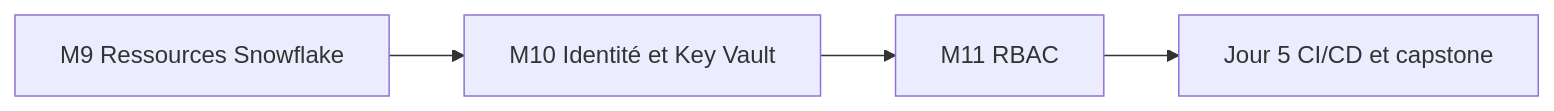
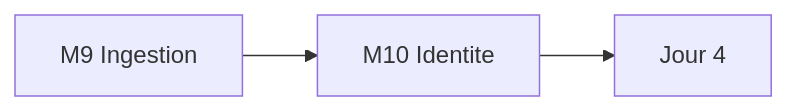
The diagram in courses/day-03/README.md (msellamiTN/Snowflake-terraform), drawn with Mermaid before and after one commit. The commit also changed other lines of this file and 64 other files, not shown here.

````diff
--- a/courses/day-03/README.md
+++ b/courses/day-03/README.md
@@ -9,6 +9,5 @@
 ```mermaid
 flowchart LR
-    M9[M9 Ressources Snowflake] --> M10[M10 Identité et Key Vault]
-    M10 --> M11[M11 RBAC]
-    M11 --> J5[Jour 5 CI/CD et capstone]
+    M9[M9 Ingestion] --> M10[M10 Identite]
+    M10 --> J4[Jour 4]
 ```
````
